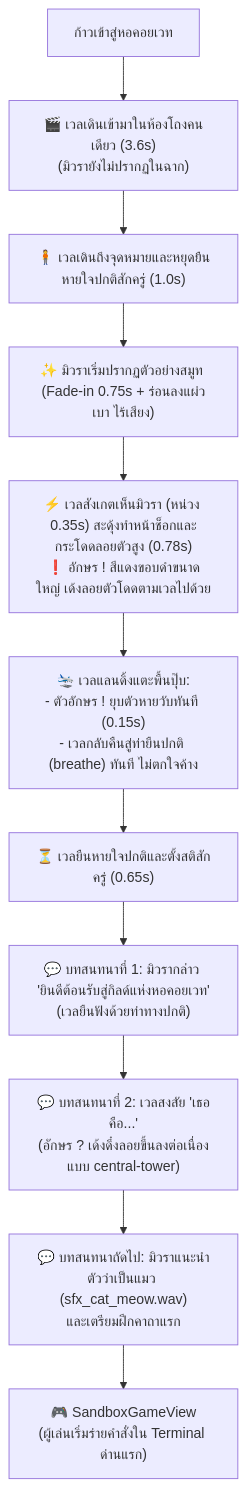
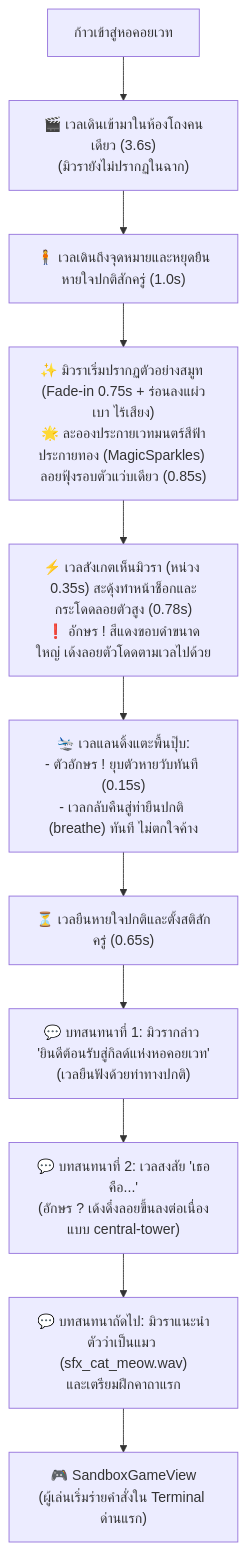
Before and after one commit to PetchAuisui/Demo-Game-Git-Diwaa: the diagram in docs/inside-tower-cutscene.md, drawn with Mermaid. The commit also changed other lines of this file and 2 other files, not shown here.

First line of the commit message:
feat(cutscene): เพิ่มเอฟเฟกต์ละอองประกายเวทมนตร์ (MagicSparkles) ขณะมิวราปรากฏตัว

````diff
--- a/docs/inside-tower-cutscene.md
+++ b/docs/inside-tower-cutscene.md
@@ -11,13 +11,13 @@
 ```mermaid
 flowchart TD
     A["ก้าวเข้าสู่หอคอยเวท"] --> B["🎬 เวลเดินเข้ามาในห้องโถงคนเดียว (3.6s)\n(มิวรายังไม่ปรากฏในฉาก)"]
     B --> C["🧍 เวลเดินถึงจุดหมายและหยุดยืนหายใจปกติสักครู่ (1.0s)"]
-    C --> D["✨ มิวราเริ่มปรากฏตัวอย่างสมูท (Fade-in 0.75s + ร่อนลงแผ่วเบา ไร้เสียง)"]
+    C --> D["✨ มิวราเริ่มปรากฏตัวอย่างสมูท (Fade-in 0.75s + ร่อนลงแผ่วเบา ไร้เสียง)\n🌟 ละอองประกายเวทมนตร์สีฟ้าประกายทอง (MagicSparkles) ลอยฟุ้งรอบตัวแว่บเดียว (0.85s)"]
     D --> E["⚡ เวลสังเกตเห็นมิวรา (หน่วง 0.35s) สะดุ้งทำหน้าช็อกและกระโดดลอยตัวสูง (0.78s)\n❗ อักษร ! สีแดงขอบดำขนาดใหญ่ เด้งลอยตัวโดดตามเวลไปด้วย"]
     E --> F["🛬 เวลแลนดิ้งแตะพื้นปุ๊บ:\n- ตัวอักษร ! ยุบตัวหายวับทันที (0.15s)\n- เวลกลับคืนสู่ท่ายืนปกติ (breathe) ทันที ไม่ตกใจค้าง"]
     F --> G["⏳ เวลยืนหายใจปกติและตั้งสติสักครู่ (0.65s)"]
     G --> H["💬 บทสนทนาที่ 1: มิวรากล่าว 'ยินดีต้อนรับสู่กิลด์แห่งหอคอยเวท'\n(เวลยืนฟังด้วยท่าทางปกติ)"]
     H --> I["💬 บทสนทนาที่ 2: เวลสงสัย 'เธอคือ...'\n(อักษร ? เด้งดึ๋งลอยขึ้นลงต่อเนื่องแบบ central-tower)"]
     I --> J["💬 บทสนทนาถัดไป: มิวราแนะนำตัวว่าเป็นแมว (sfx_cat_meow.wav)\nและเตรียมฝึกคาถาแรก"]
     J --> K["🎮 SandboxGameView\n(ผู้เล่นเริ่มร่ายคำสั่งใน Terminal ด่านแรก)"]
 ```
````
